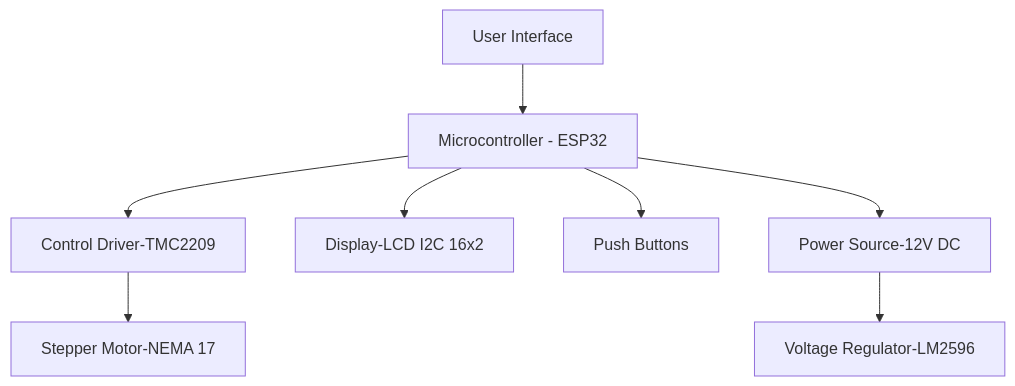
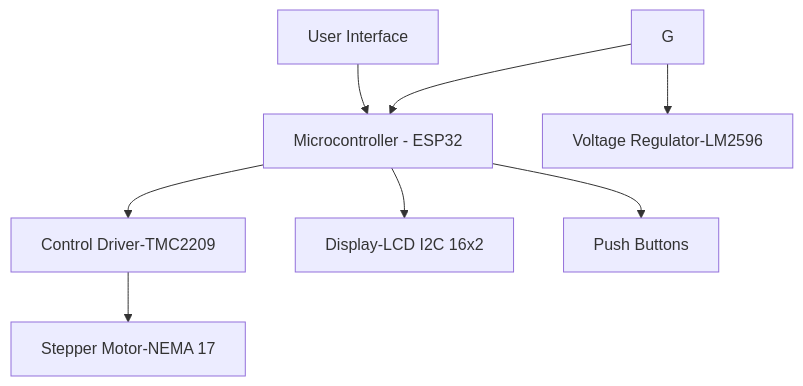
Before and after one commit to HungNguyxn/2B: the second of 3 diagrams in firstfile.md, drawn with Mermaid.

Commit message:
Update firstfile.md with content

````diff
--- a/firstfile.md
+++ b/firstfile.md
@@ -53,11 +53,11 @@
 ```mermaid
 graph TD;
     A[User Interface] --> B[Microcontroller - ESP32];
     B --> C[Control Driver-TMC2209];
     C --> D[Stepper Motor-NEMA 17];
     B --> E[Display-LCD I2C 16x2];
     B --> F[Push Buttons];
-    B --> G[Power Source-12V DC];
+    G --> B[Microcontroller - ESP32]; 
     G --> H[Voltage Regulator-LM2596];
 
 ```
````
